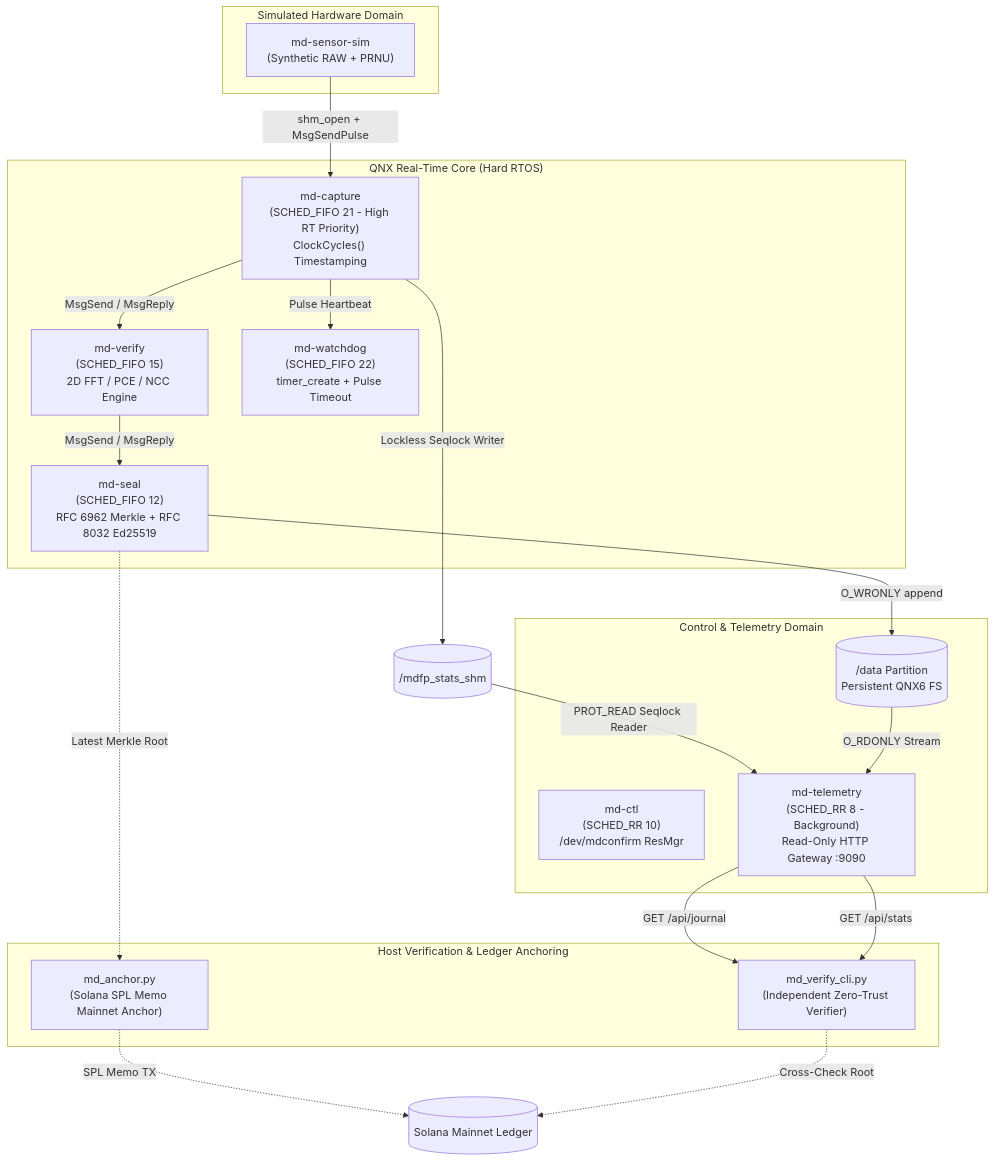
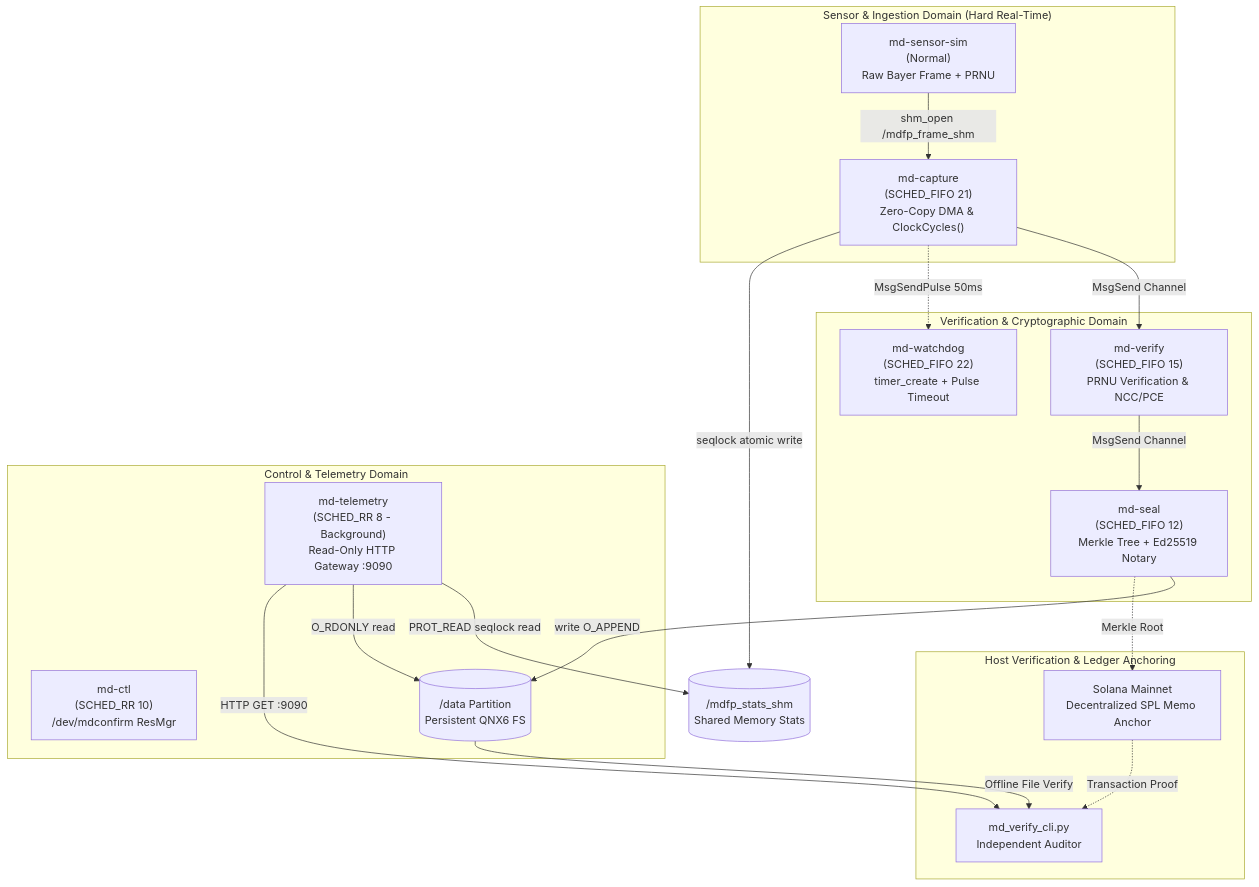
One commit to CenterDigitalTrust/MD-Confirm-RTOS changed the diagram in README.md. Above: the diagram before and after it, drawn with Mermaid. The commit also changed other lines of this file and 1 other file, not shown here.

````diff
--- a/README.md
+++ b/README.md
@@ -51,38 +68,39 @@
 ```mermaid
 flowchart TD
-    subgraph SENSOR_DOMAIN["Simulated Hardware Domain"]
-        SIM["md-sensor-sim<br/>(Synthetic RAW + PRNU)"]
+    subgraph SENSOR_DOMAIN["Sensor & Ingestion Domain (Hard Real-Time)"]
+        SIM["md-sensor-sim<br/>(Normal)<br/>Raw Bayer Frame + PRNU"]
+        CAP["md-capture<br/>(SCHED_FIFO 21)<br/>Zero-Copy DMA & ClockCycles()"]
     end
 
-    subgraph REALTIME_DOMAIN["QNX Real-Time Core (Hard RTOS)"]
-        CAP["md-capture<br/>(SCHED_FIFO 21 - High RT Priority)<br/>ClockCycles() Timestamping"]
-        VER["md-verify<br/>(SCHED_FIFO 15)<br/>2D FFT / PCE / NCC Engine"]
-        SEAL["md-seal<br/>(SCHED_FIFO 12)<br/>RFC 6962 Merkle + RFC 8032 Ed25519"]
+    subgraph CRYPTO_DOMAIN["Verification & Cryptographic Domain"]
+        VER["md-verify<br/>(SCHED_FIFO 15)<br/>PRNU Verification & NCC/PCE"]
+        SEAL["md-seal<br/>(SCHED_FIFO 12)<br/>Merkle Tree + Ed25519 Notary"]
         WDOG["md-watchdog<br/>(SCHED_FIFO 22)<br/>timer_create + Pulse Timeout"]
     end
 
     subgraph SYSTEM_DOMAIN["Control & Telemetry Domain"]
         CTL["md-ctl<br/>(SCHED_RR 10)<br/>/dev/mdconfirm ResMgr"]
         TEL["md-telemetry<br/>(SCHED_RR 8 - Background)<br/>Read-Only HTTP Gateway :9090"]
         FS[("/data Partition<br/>Persistent QNX6 FS")]
     end
 
     subgraph HOST_DOMAIN["Host Verification & Ledger Anchoring"]
-        CLI["md_verify_cli.py<br/>(Independent Zero-Trust Verifier)"]
-        SOL["md_anchor.py<br/>(Solana SPL Memo Mainnet Anchor)"]
+        CLI["md_verify_cli.py<br/>Independent Auditor"]
+        SOL["Solana Mainnet<br/>Decentralized SPL Memo Anchor"]
     end
 
-    SIM -- "shm_open + MsgSendPulse" --> CAP
-    CAP -- "Pulse Heartbeat" --> WDOG
-    CAP -- "MsgSend / MsgReply" --> VER
-    VER -- "MsgSend / MsgReply" --> SEAL
-    SEAL -- "O_WRONLY append" --> FS
-    CAP -- "Lockless Seqlock Writer" --> SHM[("/mdfp_stats_shm")]
-    SHM -- "PROT_READ Seqlock Reader" --> TEL
-    FS -- "O_RDONLY Stream" --> TEL
-    TEL -- "GET /api/journal" --> CLI
-    TEL -- "GET /api/stats" --> CLI
-    SEAL -. "Latest Merkle Root" .-> SOL
-    SOL -. "SPL Memo TX" .-> LEDGER[("Solana Mainnet Ledger")]
-    CLI -. "Cross-Check Root" .-> LEDGER
+    SIM -->|shm_open /mdfp_frame_shm| CAP
+    CAP -->|MsgSend Channel| VER
+    VER -->|MsgSend Channel| SEAL
+    CAP -.->|MsgSendPulse 50ms| WDOG
+    SEAL -->|write O_APPEND| FS
+
+    CAP -->|seqlock atomic write| SHM_STATS[("/mdfp_stats_shm<br/>Shared Memory Stats")]
+    TEL -->|PROT_READ seqlock read| SHM_STATS
+    TEL -->|O_RDONLY read| FS
+
+    TEL -->|HTTP GET :9090| CLI
+    SEAL -.->|Merkle Root| SOL
+    SOL -.->|Transaction Proof| CLI
+    FS -->|Offline File Verify| CLI
 ```
````
